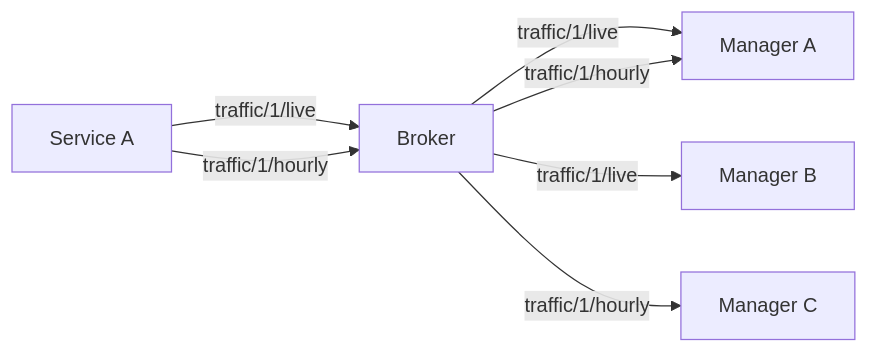
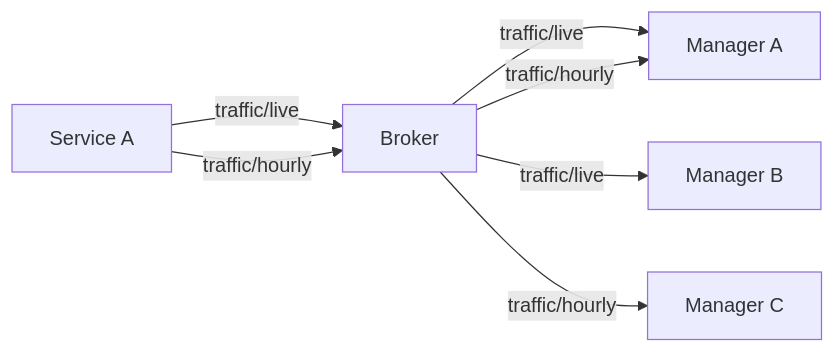
Before and after one commit to rsmp-nordic/core_v4: the first of 3 diagrams in docs/pages/streams.md, drawn with Mermaid. The commit also changed other lines of this file, not shown here.

````diff
--- a/docs/pages/streams.md
+++ b/docs/pages/streams.md
@@ -24,9 +24,9 @@
 ```mermaid
 graph LR
-A[Service A]-->|traffic/1/live| Broker
-A[Service A] -->|traffic/1/hourly| Broker
-Broker-->|traffic/1/live| B[Manager A]
-Broker-->|traffic/1/hourly| B[Manager A]
-Broker -->|traffic/1/live| C[Manager B]
-Broker -->|traffic/1/hourly| D[Manager C]
+A[Service A]-->|traffic/live| Broker
+A[Service A] -->|traffic/hourly| Broker
+Broker-->|traffic/live| B[Manager A]
+Broker-->|traffic/hourly| B[Manager A]
+Broker -->|traffic/live| C[Manager B]
+Broker -->|traffic/hourly| D[Manager C]
 ```
````
